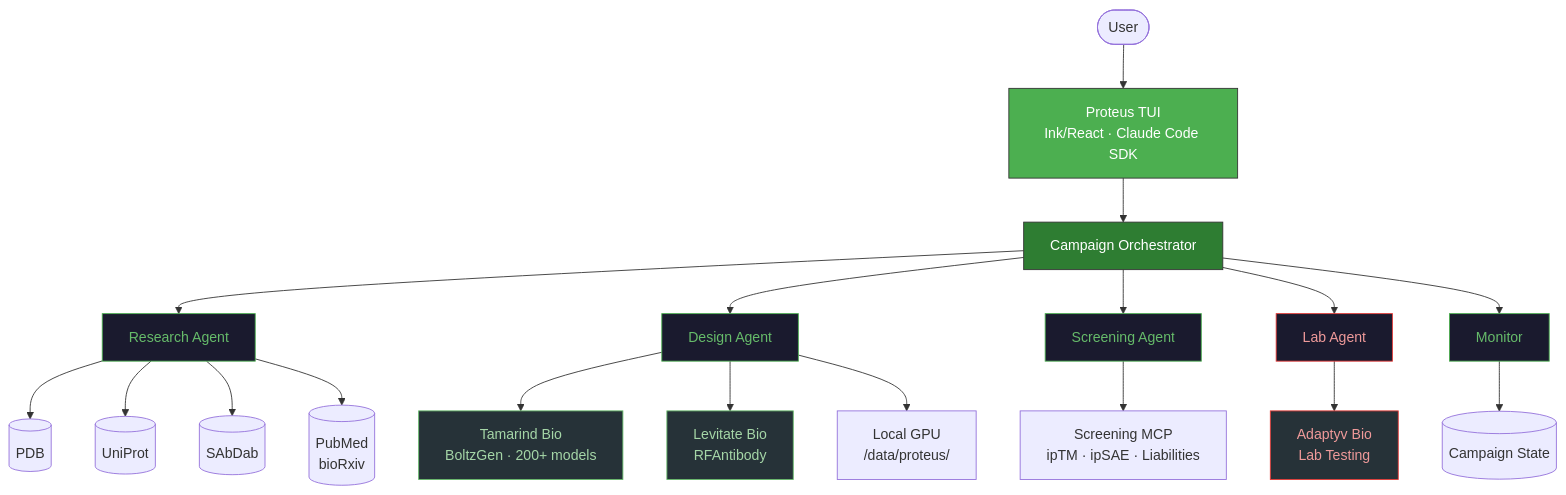
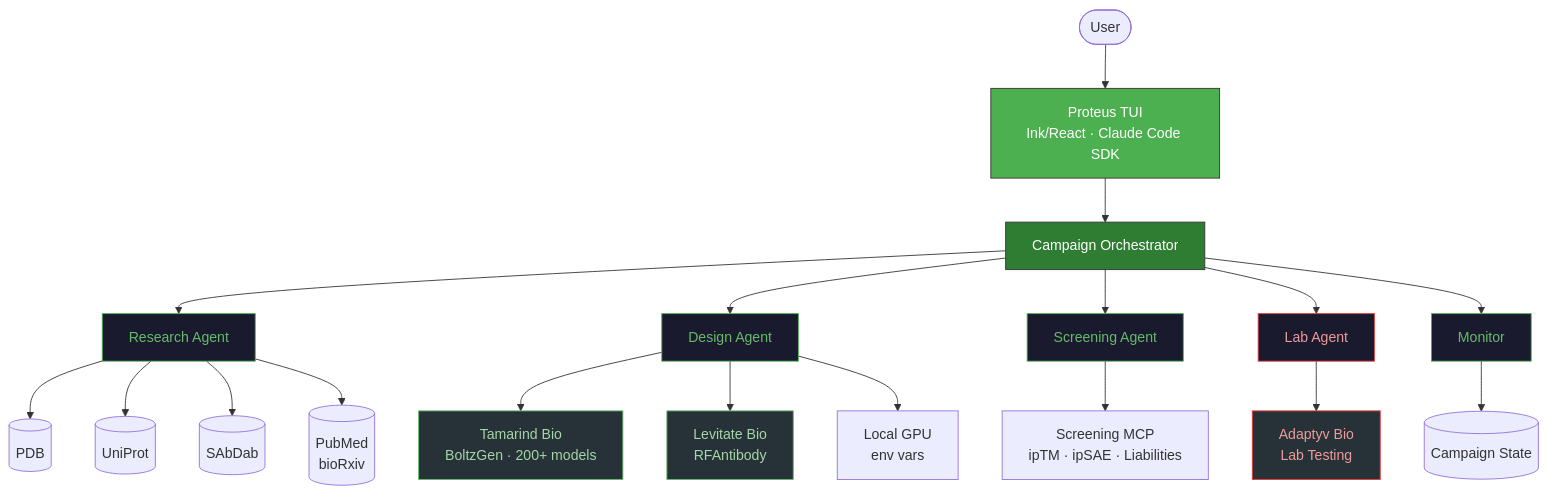
The diagram in README.md (001TMF/blatant-why), drawn with Mermaid before and after one commit. The commit also changed 20 other files, not shown here.

````diff
--- a/README.md
+++ b/README.md
@@ -122,37 +122,37 @@
 ```mermaid
 graph TD
     User([User]) --> TUI[Proteus TUI<br/>Ink/React · Claude Code SDK]
     TUI --> Orch[Campaign Orchestrator]
 
     Orch --> RA[Research Agent]
     Orch --> DA[Design Agent]
     Orch --> SA[Screening Agent]
     Orch --> LA[Lab Agent]
     Orch --> MA[Monitor]
 
     RA --> PDB[(PDB)]
     RA --> UP[(UniProt)]
     RA --> SAB[(SAbDab)]
     RA --> RES[(PubMed<br/>bioRxiv)]
 
     DA --> TAM[Tamarind Bio<br/>BoltzGen · 200+ models]
     DA --> LEV[Levitate Bio<br/>RFAntibody]
-    DA --> LOCAL[Local GPU<br/>/data/proteus/]
+    DA --> LOCAL[Local GPU<br/>env vars]
 
     SA --> SCR[Screening MCP<br/>ipTM · ipSAE · Liabilities]
 
     LA --> ADT[Adaptyv Bio<br/>Lab Testing]
 
     MA --> CS[(Campaign State)]
 
     style TUI fill:#4CAF50,stroke:#333,color:#fff
     style Orch fill:#2E7D32,stroke:#333,color:#fff
     style RA fill:#1A1A2E,stroke:#4CAF50,color:#66BB6A
     style DA fill:#1A1A2E,stroke:#4CAF50,color:#66BB6A
     style SA fill:#1A1A2E,stroke:#4CAF50,color:#66BB6A
     style LA fill:#1A1A2E,stroke:#E53935,color:#EF9A9A
     style MA fill:#1A1A2E,stroke:#4CAF50,color:#66BB6A
     style TAM fill:#263238,stroke:#66BB6A,color:#A5D6A7
     style LEV fill:#263238,stroke:#66BB6A,color:#A5D6A7
     style ADT fill:#263238,stroke:#E53935,color:#EF9A9A
 ```
````
